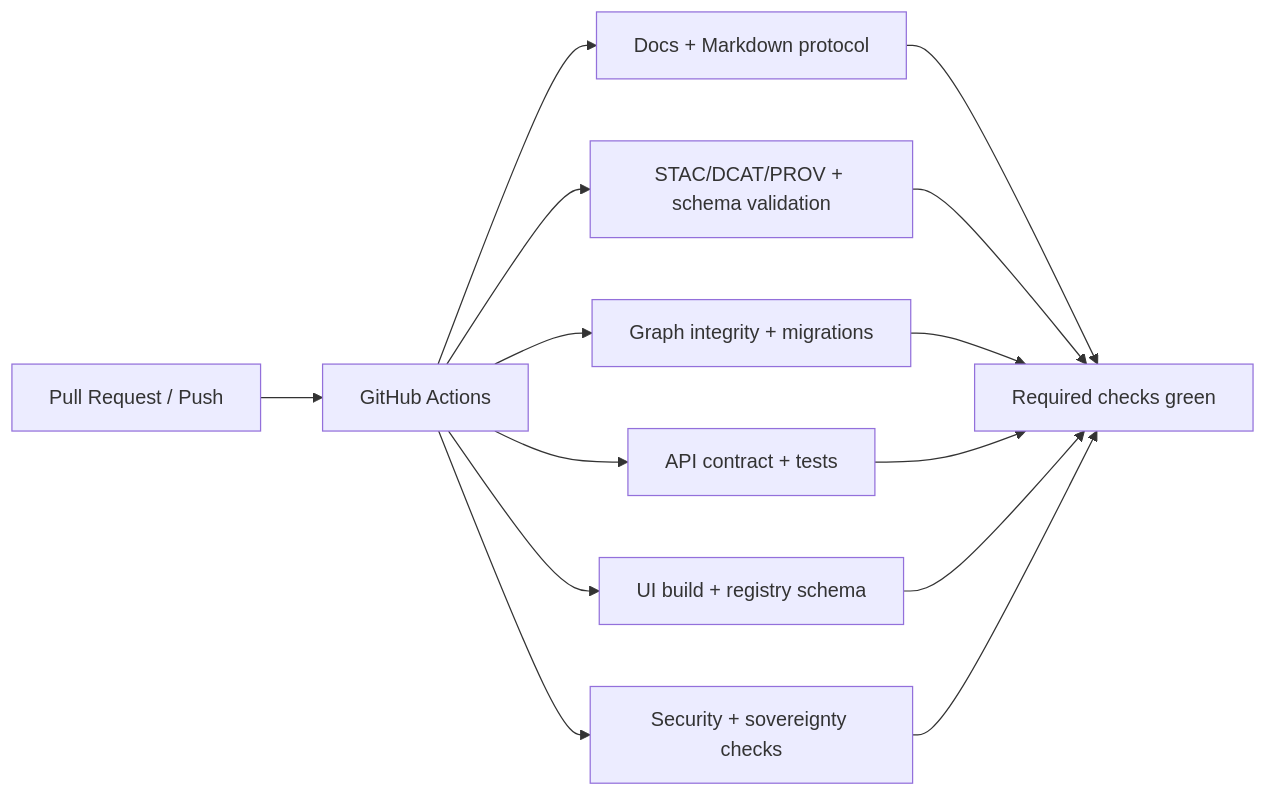
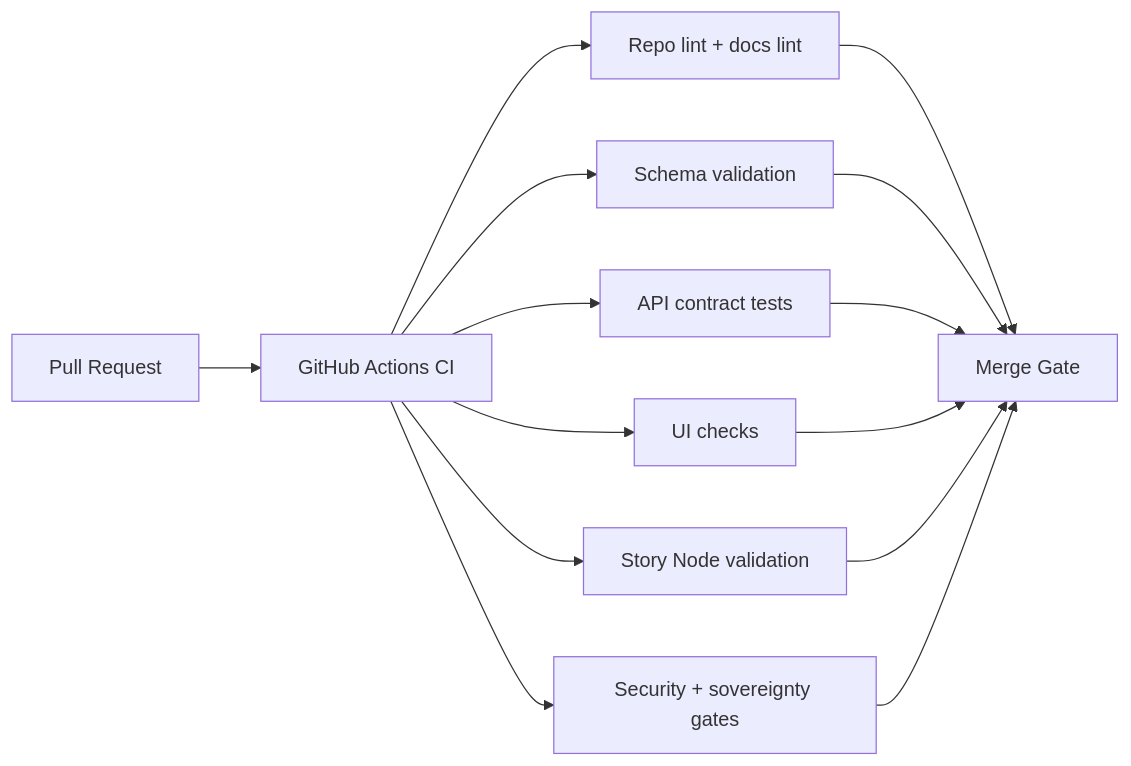
The first of 2 diagrams in .github/workflows/README.md (bartytime4life/Kansas-Frontier-Matrix), drawn with Mermaid before and after one commit. The commit also changed other lines of this file, not shown here.

```diff
--- a/.github/workflows/README.md
+++ b/.github/workflows/README.md
@@ -167,16 +174,18 @@
 ~~~mermaid
 flowchart LR
-  PR[Pull Request / Push] --> GA[GitHub Actions]
-  GA --> Docs[Docs + Markdown protocol]
-  GA --> Schemas[STAC/DCAT/PROV + schema validation]
-  GA --> Graph[Graph integrity + migrations]
-  GA --> API[API contract + tests]
-  GA --> UI[UI build + registry schema]
-  GA --> Sec[Security + sovereignty checks]
-  Docs --> Pass[Required checks green]
-  Schemas --> Pass
-  Graph --> Pass
-  API --> Pass
-  UI --> Pass
-  Sec --> Pass
+  PR[Pull Request] --> CI[GitHub Actions CI]
+
+  CI --> LINT[Repo lint + docs lint]
+  CI --> SCHEMAS[Schema validation]
+  CI --> CONTRACTS[API contract tests]
+  CI --> UI[UI checks]
+  CI --> STORY[Story Node validation]
+  CI --> SEC[Security + sovereignty gates]
+
+  LINT --> MERGE[Merge Gate]
+  SCHEMAS --> MERGE
+  CONTRACTS --> MERGE
+  UI --> MERGE
+  STORY --> MERGE
+  SEC --> MERGE
 ~~~
```
